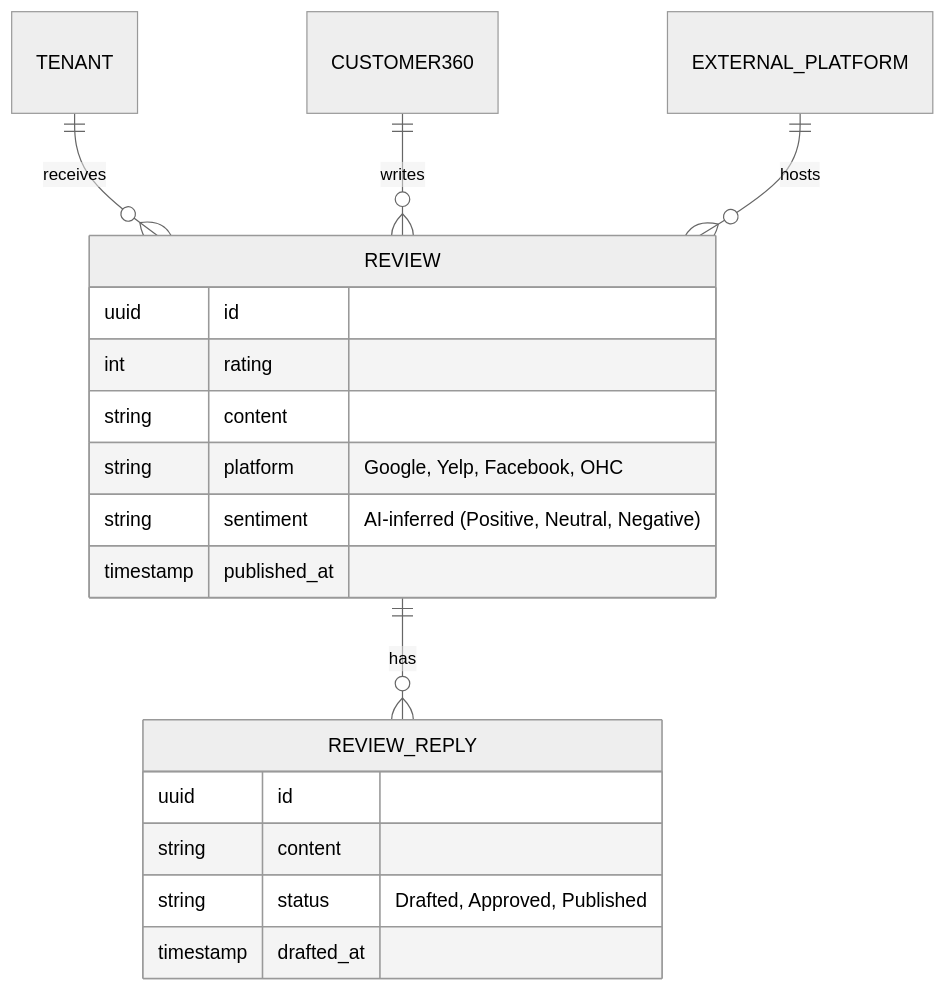
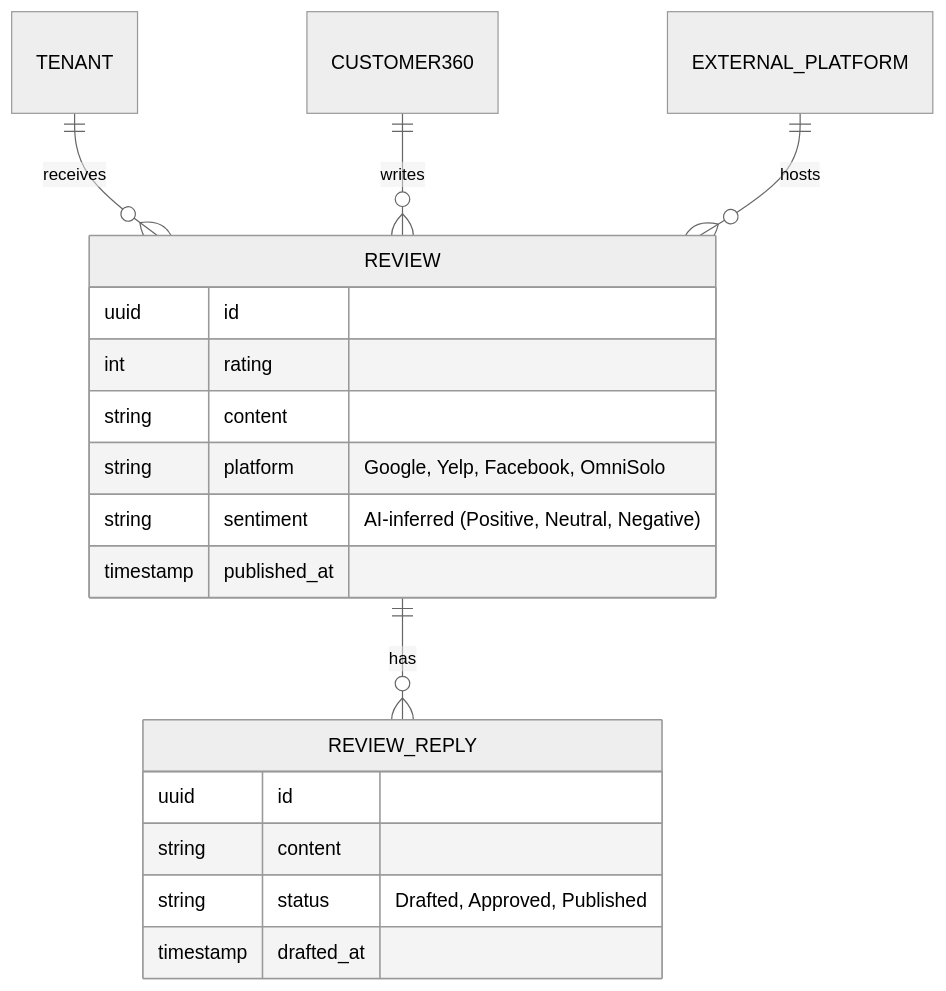
Before and after one commit to omnisolo-llc/onehumancorp: the first of 2 diagrams in docs/research/[crm]_autonomous_reputation_and_review_engine.md, drawn with Mermaid (neutral theme). The commit also changed other lines of this file and 2191 other files, not shown here.

Commit message:
feat: complete OmniSolo rename and browser audit

````diff
--- a/docs/research/[crm]_autonomous_reputation_and_review_engine.md
+++ b/docs/research/[crm]_autonomous_reputation_and_review_engine.md
@@ -24,23 +24,23 @@
 ```mermaid
 erDiagram
     TENANT ||--o{ REVIEW : "receives"
     CUSTOMER360 ||--o{ REVIEW : "writes"
     REVIEW ||--o{ REVIEW_REPLY : "has"
     EXTERNAL_PLATFORM ||--o{ REVIEW : "hosts"
 
     REVIEW {
         uuid id
         int rating
         string content
-        string platform "Google, Yelp, Facebook, OHC"
+        string platform "Google, Yelp, Facebook, OmniSolo"
         string sentiment "AI-inferred (Positive, Neutral, Negative)"
         timestamp published_at
     }
 
     REVIEW_REPLY {
         uuid id
         string content
         string status "Drafted, Approved, Published"
         timestamp drafted_at
     }
 ```
````
